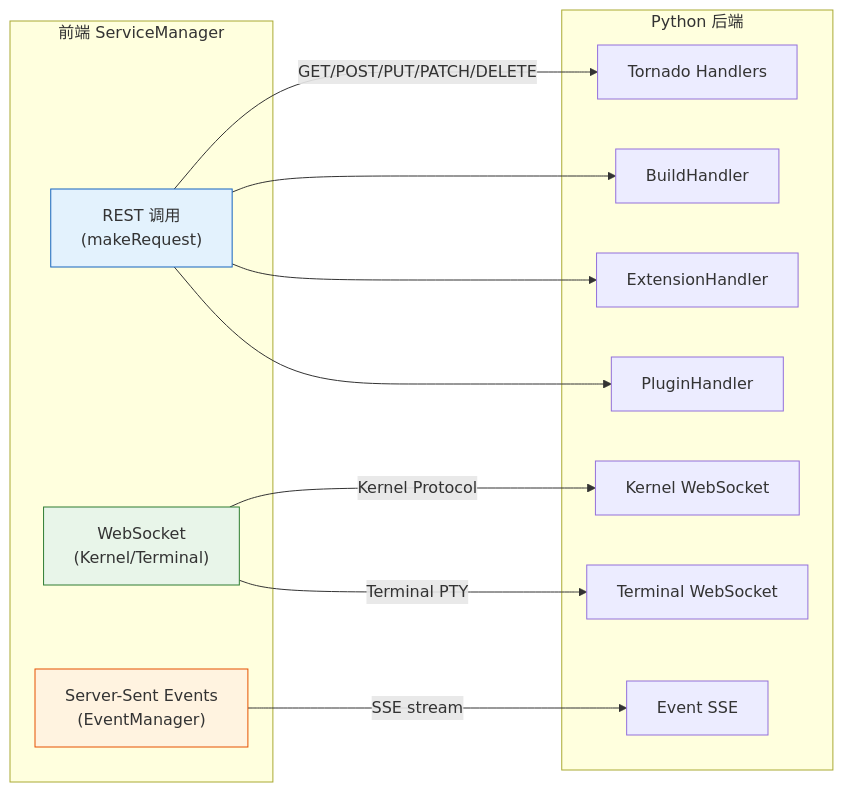
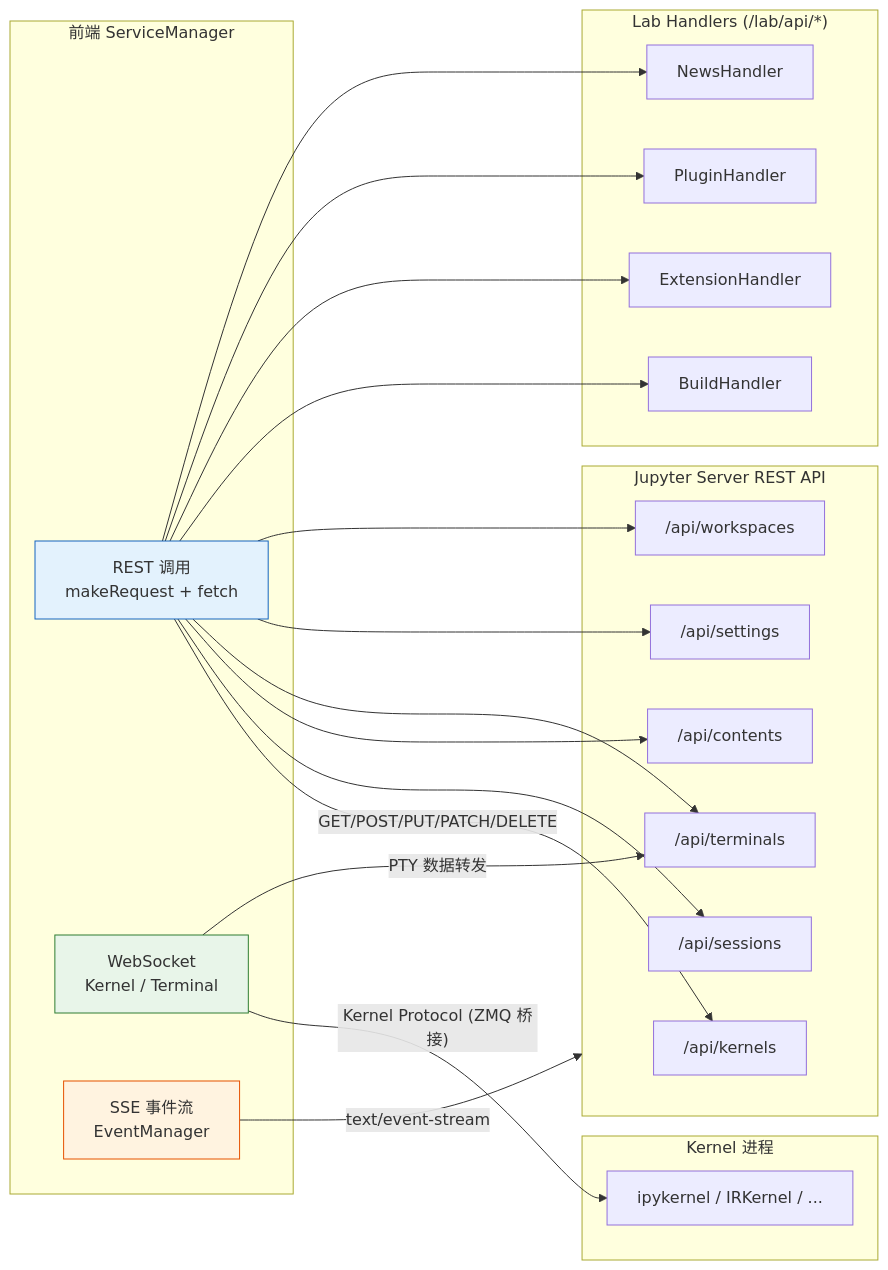
Before and after one commit to awesome-flexloop/awesome-okf: the diagram in bundles/jupyter/jupyterlab/concepts/04-service-layer.md, drawn with Mermaid. The commit also changed other lines of this file and 815 other files, not shown here.

````diff
--- a/bundles/jupyter/jupyterlab/concepts/04-service-layer.md
+++ b/bundles/jupyter/jupyterlab/concepts/04-service-layer.md
@@ -210,30 +112,46 @@
 ```mermaid
 flowchart LR
     subgraph frontend["前端 ServiceManager"]
-        REST["REST 调用<br/>(makeRequest)"]
-        WS["WebSocket<br/>(Kernel/Terminal)"]
-        SSE["Server-Sent Events<br/>(EventManager)"]
+        REST["REST 调用<br/>makeRequest + fetch"]
+        WS["WebSocket<br/>Kernel / Terminal"]
+        SSE["SSE 事件流<br/>EventManager"]
     end
 
-    subgraph backend["Python 后端"]
-        H["Tornado Handlers"]
-        B["BuildHandler"]
+    subgraph jupyter_server["Jupyter Server REST API"]
+        KA["/api/kernels"]
+        SA["/api/sessions"]
+        CA["/api/contents"]
+        TA["/api/terminals"]
+        SETA["/api/settings"]
+        WA["/api/workspaces"]
+    end
+
+    subgraph lab_handlers["Lab Handlers (/lab/api/*)"]
+        BH["BuildHandler"]
         EH["ExtensionHandler"]
         PH["PluginHandler"]
-        K["Kernel WebSocket"]
-        T["Terminal WebSocket"]
-        EV["Event SSE"]
+        NH["NewsHandler"]
     end
 
-    REST -->|"GET/POST/PUT/PATCH/DELETE"| H
-    REST --> B
+    subgraph kernel["Kernel 进程"]
+        KI["ipykernel / IRKernel / ..."]
+    end
+
+    REST -->|"GET/POST/PUT/PATCH/DELETE"| KA
+    REST --> SA
+    REST --> CA
+    REST --> TA
+    REST --> SETA
+    REST --> WA
+    REST --> BH
     REST --> EH
     REST --> PH
-    WS -->|"Kernel Protocol"| K
-    WS -->|"Terminal PTY"| T
-    SSE -->|"SSE stream"| EV
+    REST --> NH
+    WS -->|"Kernel Protocol (ZMQ 桥接)"| KI
+    WS -->|"PTY 数据转发"| TA
+    SSE -->|"text/event-stream"| jupyter_server
 
     style REST fill:#e3f2fd,stroke:#1565c0
     style WS fill:#e8f5e9,stroke:#2e7d32
     style SSE fill:#fff3e0,stroke:#e65100
 ```
````
